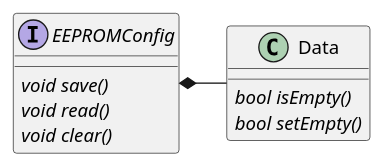
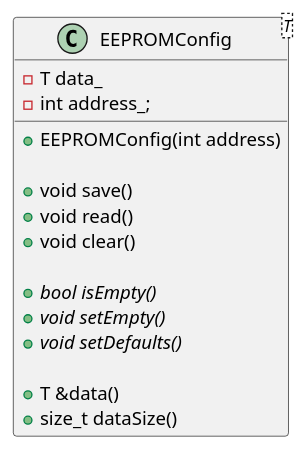
The first of 2 diagrams in docs/README.md (damiandrzewicz/iots-rf-core-lib), drawn with PlantUML before and after one commit. The commit also changed other lines of this file and 8 other files, not shown here.

```diff
--- a/docs/README.md
+++ b/docs/README.md
@@ -7,14 +7,19 @@
 @startuml
-interface EEPROMConfig{
-  {abstract} void save()
-  {abstract} void read()
-  {abstract} void clear()
+class EEPROMConfig<T> {
+  +EEPROMConfig(int address)
+
+  +void save()
+  +void read()
+  +void clear()
+
+  +{abstract} bool isEmpty()
+  +{abstract} void setEmpty()
+  +{abstract} void setDefaults()
+
+  +T &data()
+  +size_t dataSize()
+
+  -T data_
+  -int address_;
 }
-
-class Data{
-  {abstract} bool isEmpty()
-  {abstract} bool setEmpty()
-}
-
-Data -left-* EEPROMConfig
 @enduml
```
